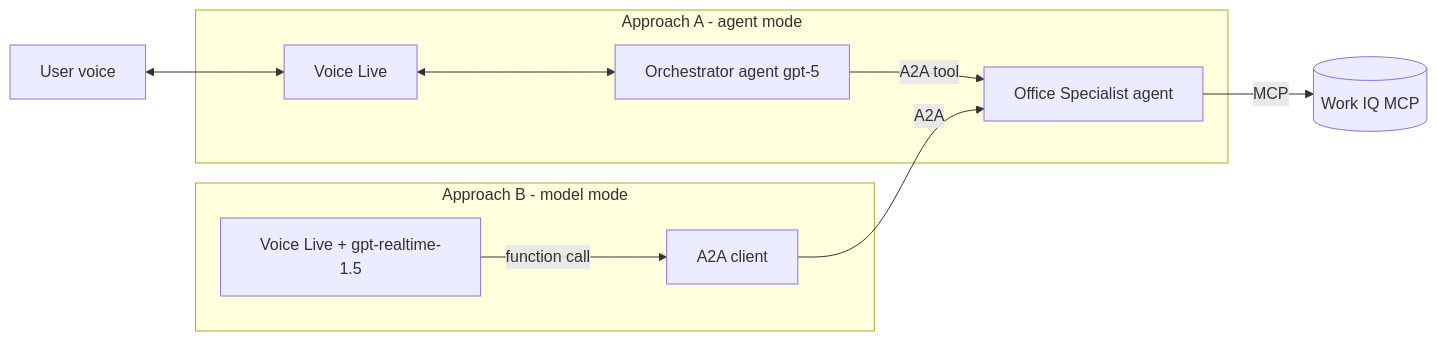
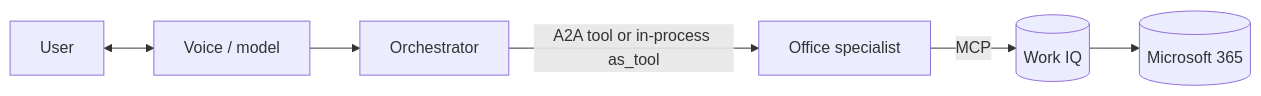
The diagram in README.md (frdeange/qubix-voice-a2a), drawn with Mermaid before and after one commit. The commit also changed other lines of this file and 11 other files, not shown here.

First line of the commit message:
Add Approach C: In-process Microsoft Agent Framework for Work IQ integration

````diff
--- a/README.md
+++ b/README.md
@@ -19,13 +48,8 @@
 ```mermaid
 flowchart LR
-    U[User voice] <--> VL[Voice Live]
-    subgraph A[Approach A - agent mode]
-      VL <--> ORCH[Orchestrator agent gpt-5]
-      ORCH -->|A2A tool| SPEC
-    end
-    subgraph B[Approach B - model mode]
-      VL2[Voice Live + gpt-realtime-1.5] -->|function call| CLI[A2A client]
-      CLI -->|A2A| SPEC
-    end
-    SPEC[Office Specialist agent] -->|MCP| WIQ[(Work IQ MCP)]
+    U[User] <--> VL[Voice / model]
+    VL --> ORCH[Orchestrator]
+    ORCH -->|A2A tool or in-process as_tool| SPEC[Office specialist]
+    SPEC -->|MCP| WIQ[(Work IQ)]
+    WIQ --> M365[(Microsoft 365)]
 ```
````
